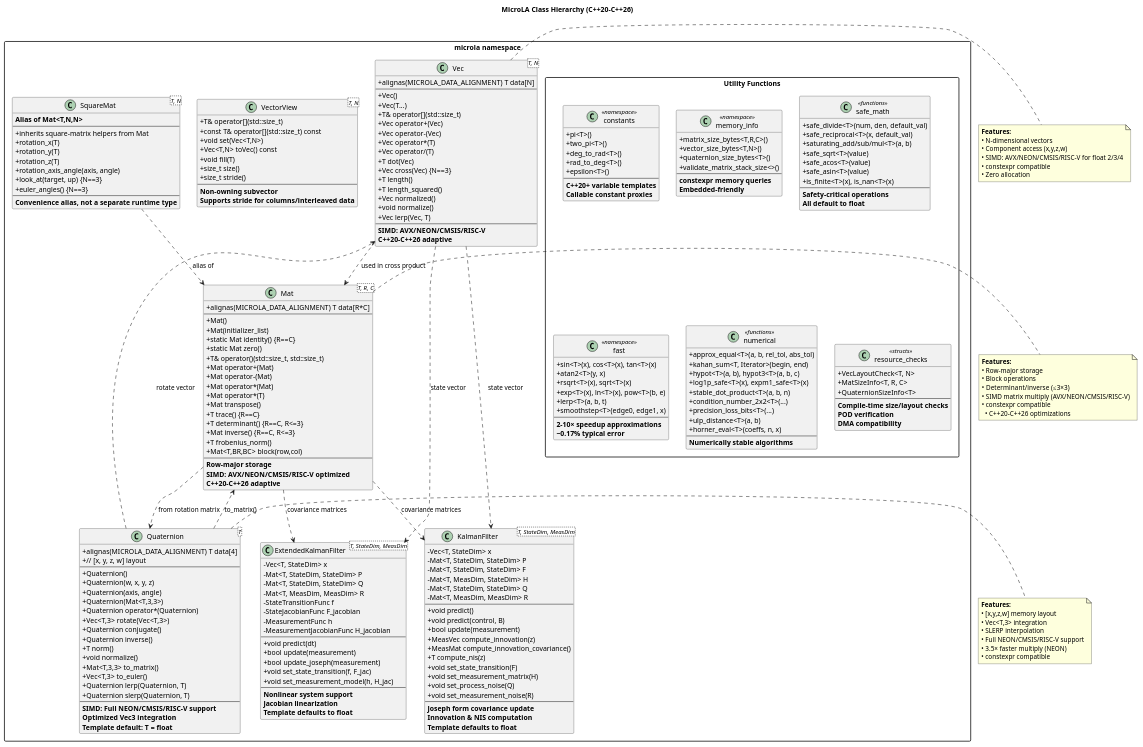
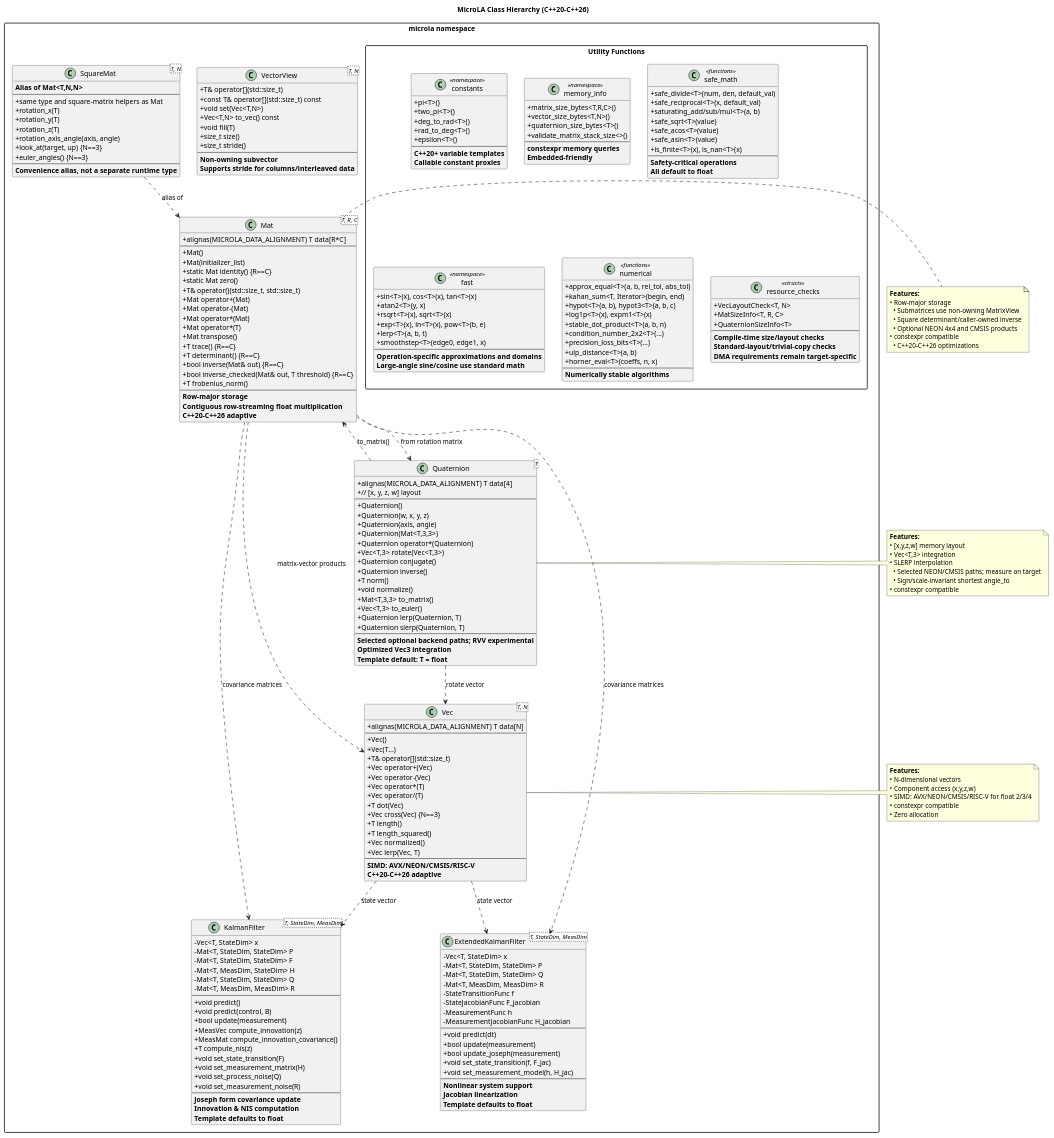
The diagram in design/class_hierarchy.puml (jwbmwv/microLA), drawn with PlantUML before and after one commit. The commit also changed 69 other files, not shown here.

```diff
--- a/design/class_hierarchy.puml
+++ b/design/class_hierarchy.puml
@@ -21,7 +21,6 @@
         + T length()
         + T length_squared()
         + Vec normalized()
-        + void normalize()
         + Vec lerp(Vec, T)
         --
         **SIMD: AVX/NEON/CMSIS/RISC-V**
@@ -42,13 +41,13 @@
         + Mat operator*(T)
         + Mat transpose()
         + T trace() {R==C}
-        + T determinant() {R==C, R<=3}
-        + Mat inverse() {R==C, R<=3}
+        + T determinant() {R==C}
+        + bool inverse(Mat& out) {R==C}
+        + bool inverse_checked(Mat& out, T threshold) {R==C}
         + T frobenius_norm()
-        + Mat<T,BR,BC> block(row,col)
         --
         **Row-major storage**
-        **SIMD: AVX/NEON/CMSIS/RISC-V optimized**
+        **Contiguous row-streaming float multiplication**
         **C++20-C++26 adaptive**
     }
 
@@ -56,7 +55,7 @@
         + T& operator[](std::size_t)
         + const T& operator[](std::size_t) const
         + void set(Vec<T,N>)
-        + Vec<T,N> toVec() const
+        + Vec<T,N> to_vec() const
         + void fill(T)
         + size_t size()
         + size_t stride()
@@ -68,7 +67,7 @@
     class "SquareMat<T, N>" as SquareMat {
         **Alias of Mat<T,N,N>**
         --
-        + inherits square-matrix helpers from Mat
+        + same type and square-matrix helpers as Mat
         + rotation_x(T)
         + rotation_y(T)
         + rotation_z(T)
@@ -98,7 +97,7 @@
         + Quaternion lerp(Quaternion, T)
         + Quaternion slerp(Quaternion, T)
         --
-        **SIMD: Full NEON/CMSIS/RISC-V support**
+        **Selected optional backend paths; RVV experimental**
         **Optimized Vec3 integration**
         **Template default: T = float**
     }
@@ -191,15 +190,15 @@
             + lerp<T>(a, b, t)
             + smoothstep<T>(edge0, edge1, x)
             --
-            **2-10× speedup approximations**
-            **~0.17% typical error**
+            **Operation-specific approximations and domains**
+            **Large-angle sine/cosine use standard math**
         }
 
         class numerical <<functions>> {
             + approx_equal<T>(a, b, rel_tol, abs_tol)
             + kahan_sum<T, Iterator>(begin, end)
             + hypot<T>(a, b), hypot3<T>(a, b, c)
-            + log1p_safe<T>(x), expm1_safe<T>(x)
+            + log1p<T>(x), expm1<T>(x)
             + stable_dot_product<T>(a, b, n)
             + condition_number_2x2<T>(...)
             + precision_loss_bits<T>(...)
@@ -215,14 +214,14 @@
             + QuaternionSizeInfo<T>
             --
             **Compile-time size/layout checks**
-            **POD verification**
-            **DMA compatibility**
+            **Standard-layout/trivial-copy checks**
+            **DMA requirements remain target-specific**
         }
     }
 }
 
 SquareMat ..> Mat : alias of
-Vec ..> Mat : used in cross product
+Mat ..> Vec : matrix-vector products
 Vec ..> KF : state vector
 Vec ..> EKF : state vector
 Mat ..> KF : covariance matrices
@@ -243,9 +242,9 @@
 note right of Mat
   **Features:**
   • Row-major storage
-  • Block operations
-  • Determinant/inverse (≤3×3)
-  • SIMD matrix multiply (AVX/NEON/CMSIS/RISC-V)
+    • Submatrices use non-owning MatrixView
+    • Square determinant/caller-owned inverse
+    • Optional NEON 4x4 and CMSIS products
   • constexpr compatible
     • C++20-C++26 optimizations
 end note
@@ -255,8 +254,8 @@
   • [x,y,z,w] memory layout
   • Vec<T,3> integration
   • SLERP interpolation
-  • Full NEON/CMSIS/RISC-V support
-  • 3.5× faster multiply (NEON)
+    • Selected NEON/CMSIS paths; measure on target
+    • Sign/scale-invariant shortest angle_to
   • constexpr compatible
 end note
 
```
